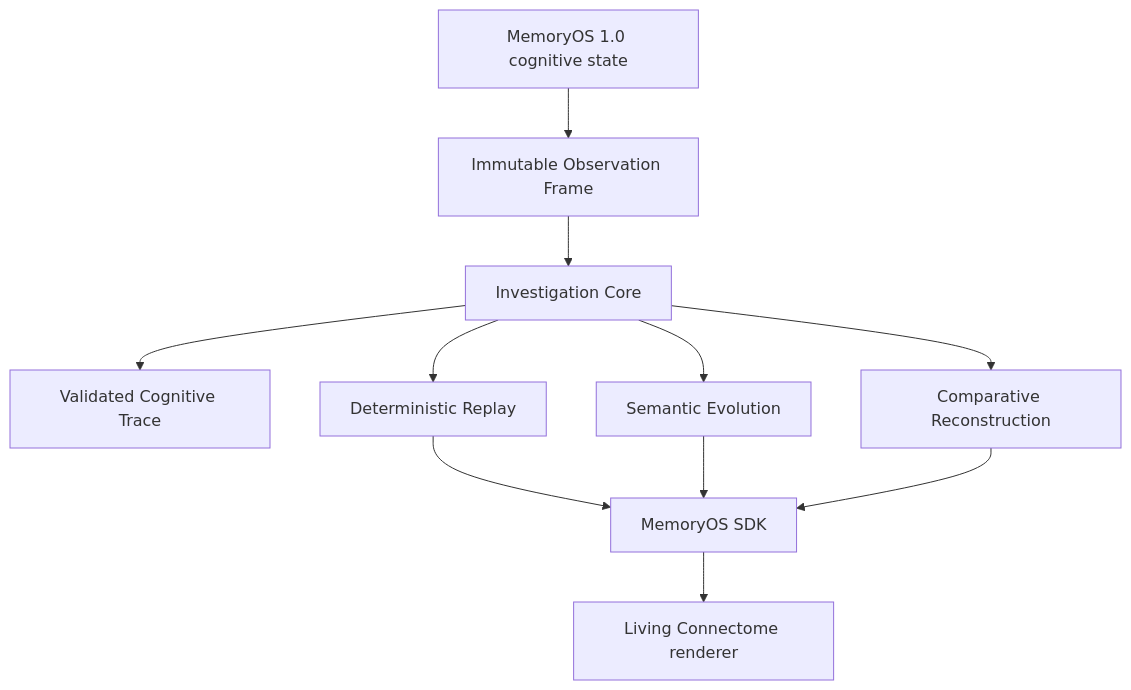
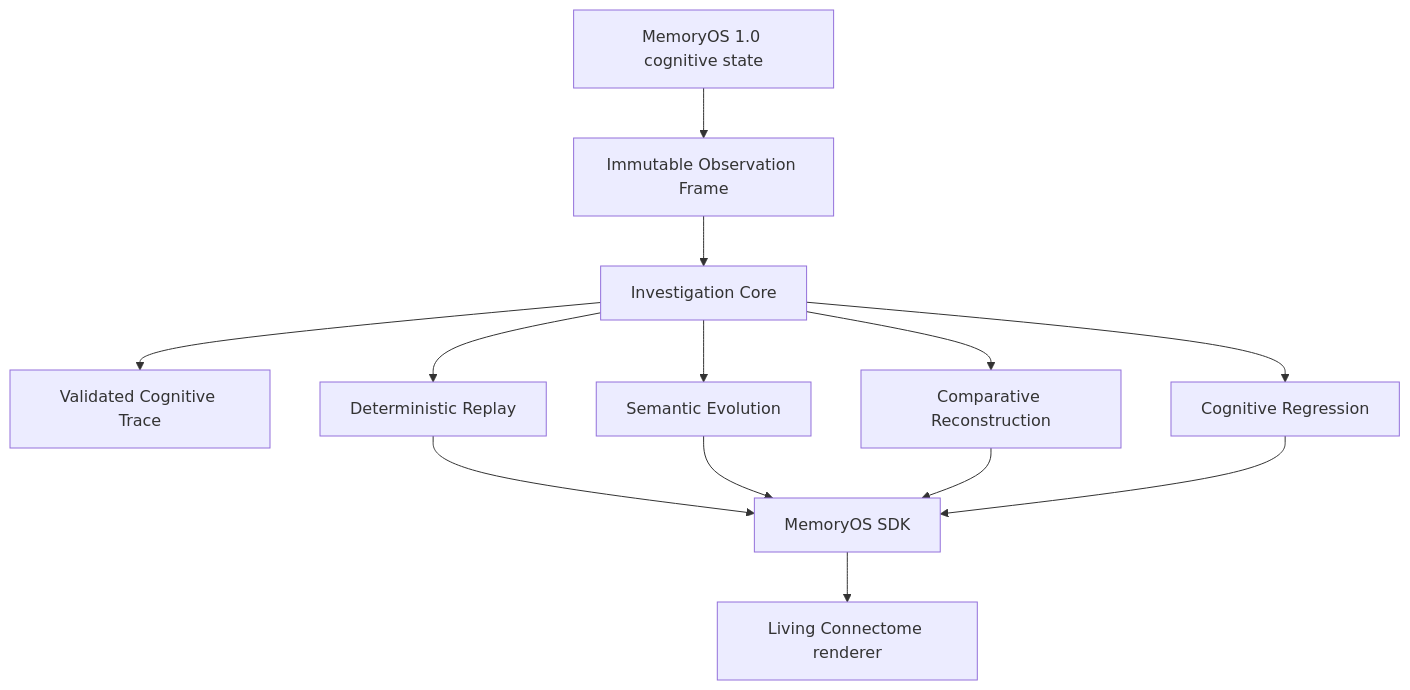
The second of 2 diagrams in README.md (moelsaka01/memoryos-specification), drawn with Mermaid before and after one commit. The commit also changed other lines of this file and 64 other files, not shown here.

Commit message:
feat(memoryos-1.2): MO-1206 cognitive regression analysis

````diff
--- a/README.md
+++ b/README.md
@@ -98,23 +98,26 @@
 ```mermaid
 flowchart TB
     Runtime[MemoryOS 1.0 cognitive state]
     Observation[Immutable Observation Frame]
     Trace[Validated Cognitive Trace]
     Replay[Deterministic Replay]
     Evolution[Semantic Evolution]
     Comparative[Comparative Reconstruction]
+    Regression[Cognitive Regression]
     Core[Investigation Core]
     SDK[MemoryOS SDK]
     Renderer[Living Connectome renderer]
 
     Runtime --> Observation
     Observation --> Core
     Core --> Trace
     Core --> Replay
     Core --> Evolution
     Core --> Comparative
+    Core --> Regression
     Replay --> SDK
     Evolution --> SDK
     Comparative --> SDK
+    Regression --> SDK
     SDK --> Renderer
 ```
````
